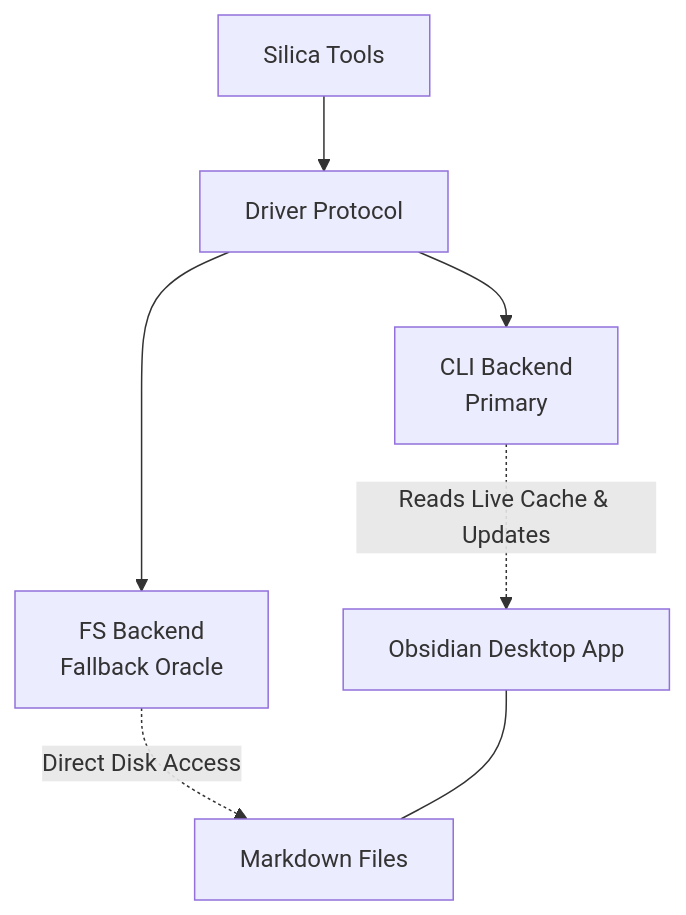
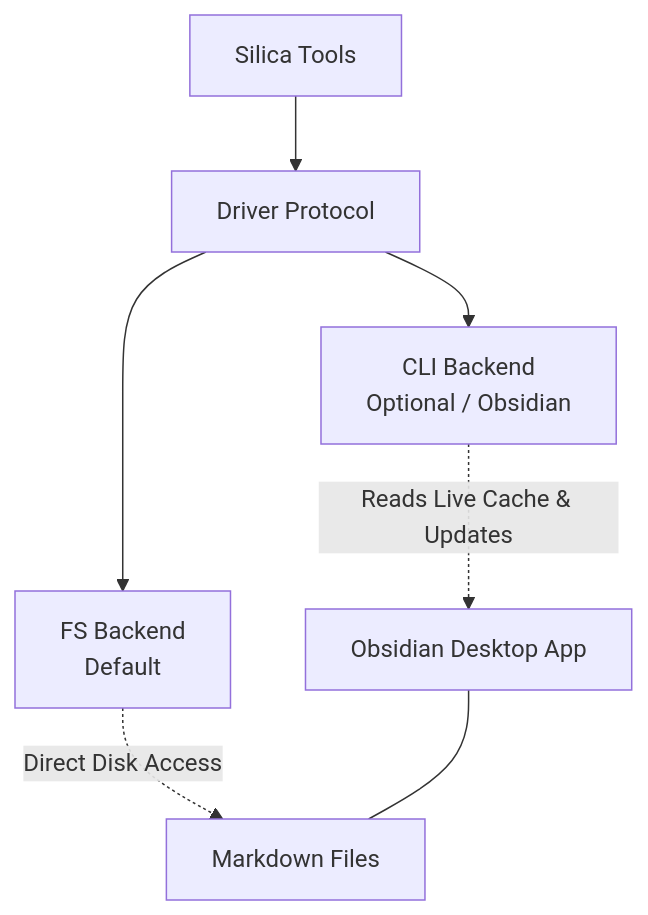
Before and after one commit to kiycoh/silica: the third of 3 diagrams in README.md, drawn with Mermaid. The commit also changed other lines of this file and 1 other file, not shown here.

Commit message:
docs: update default backend docs and gitignore CONTEXT.md

````diff
--- a/README.md
+++ b/README.md
@@ -109,10 +110,10 @@
 ```mermaid
 graph TD
     API[Silica Tools] --> Interface[Driver Protocol]
-    Interface --> CLI[CLI Backend <br> Primary]
-    Interface --> FS[FS Backend <br> Fallback Oracle]
+    Interface --> FS[FS Backend <br> Default]
+    Interface --> CLI[CLI Backend <br> Optional / Obsidian]
     
     CLI -.->|Reads Live Cache & Updates| Obsidian[Obsidian Desktop App]
     FS -.->|Direct Disk Access| Filesystem[Markdown Files]
     Obsidian --- Filesystem
 ```
````
